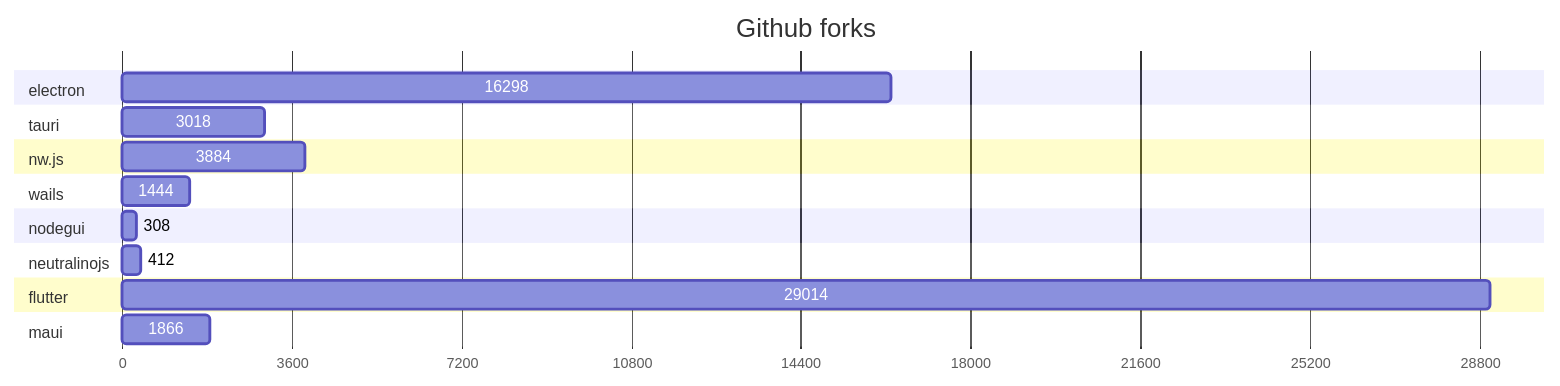
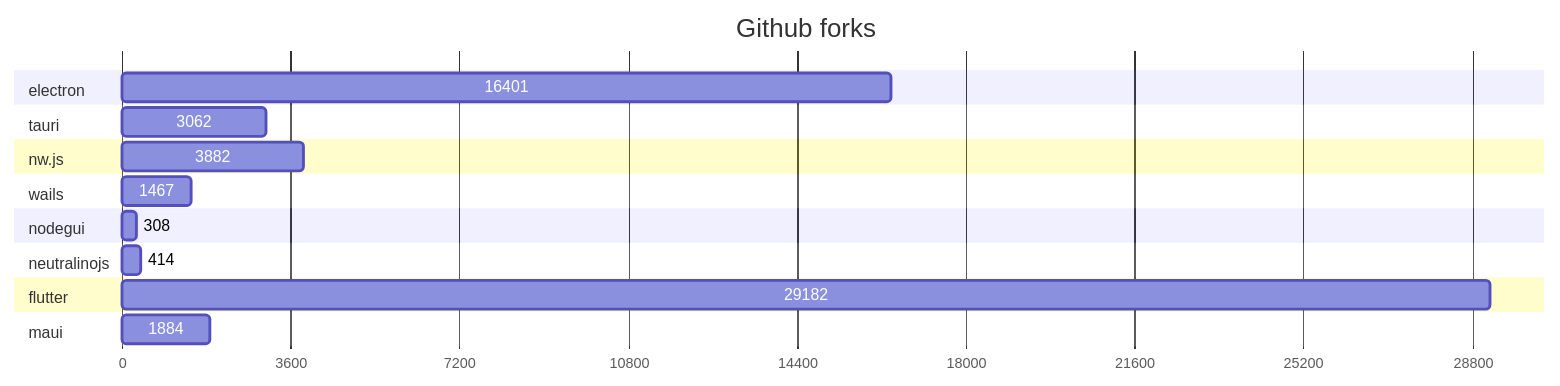
The second of 2 diagrams in GRAPHS.md (Elanis/web-to-desktop-framework-comparison), drawn with Mermaid before and after one commit. The commit also changed other lines of this file and 2 other files, not shown here.

````diff
--- a/GRAPHS.md
+++ b/GRAPHS.md
@@ -47,40 +47,40 @@
 ```mermaid
 gantt
     title Github forks
     dateFormat  X
     axisFormat %s
 
 
 	section electron
-	16298 : 0, 16298
+	16401 : 0, 16401
 
 	
 	section tauri
-	3018 : 0, 3018
+	3062 : 0, 3062
 
 	
 	section nw.js
-	3884 : 0, 3884
+	3882 : 0, 3882
 
 	
 	section wails
-	1444 : 0, 1444
+	1467 : 0, 1467
 
 	
 	section nodegui
 	308 : 0, 308
 
 	
 	section neutralinojs
-	412 : 0, 412
+	414 : 0, 414
 
 	
 	section flutter
-	29014 : 0, 29014
+	29182 : 0, 29182
 
 	
 	section maui
-	1866 : 0, 1866
+	1884 : 0, 1884
 
 	
 ```
````
